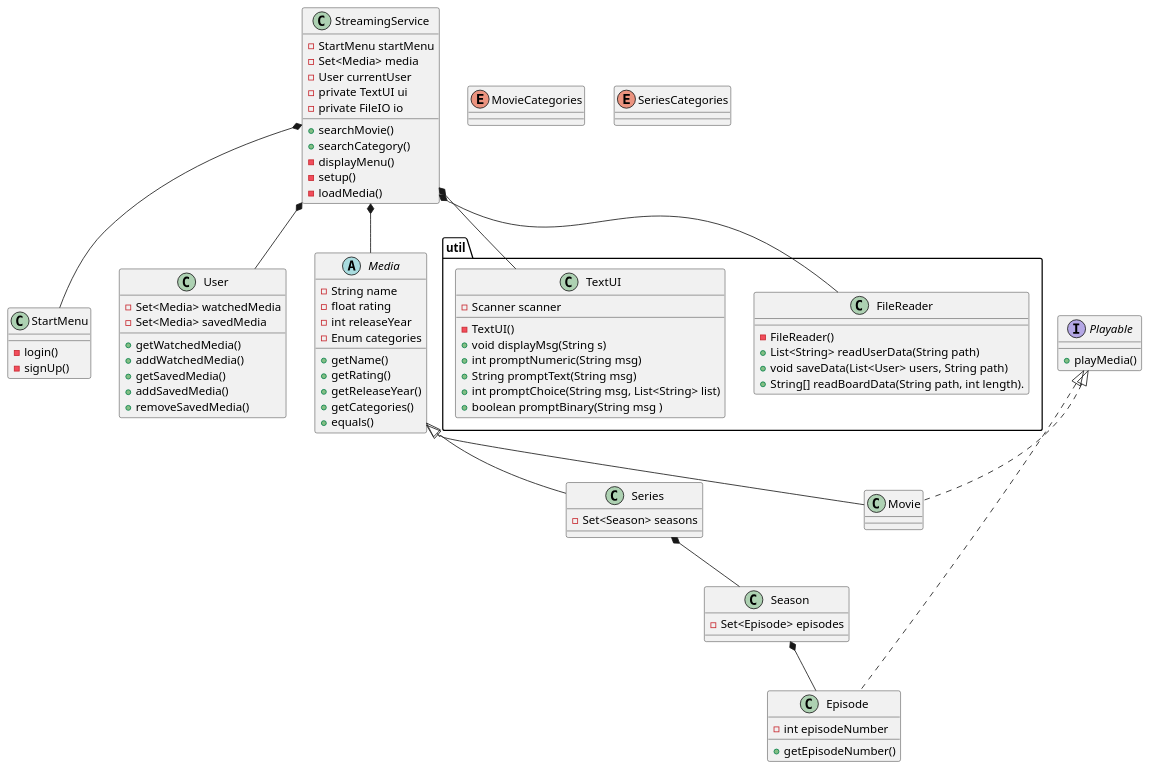
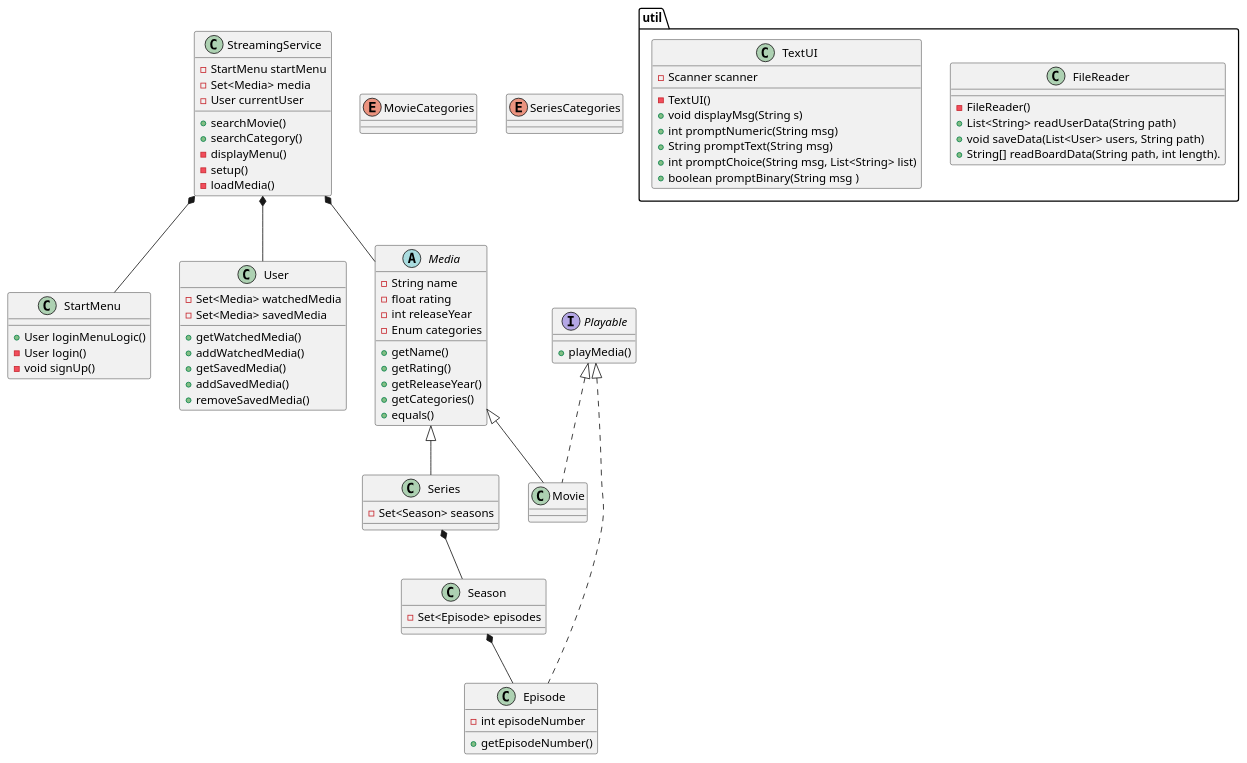
One commit to SP3-team-a-e2024/SP3 changed the diagram in doc/classModel.puml. Above: the diagram before and after it, drawn with PlantUML. The commit also changed 3 other files, not shown here.

First line of the commit message:
completed StreamingService.java logic, along with startmenu.java login page logic - no search functions are in StreamingService.java - no login or signup functions are in StartMenu.java

```diff
--- a/doc/classModel.puml
+++ b/doc/classModel.puml
@@ -1,101 +1,99 @@
 @startuml
 
 Class StreamingService
 {
 - StartMenu startMenu
 - Set<Media> media
 - User currentUser
-- private TextUI ui
-- private FileIO io
 + searchMovie()
 + searchCategory()
 - displayMenu()
 - setup()
 - loadMedia()
 }
 package "util" {
     Class FileReader {
     - FileReader()
     + List<String> readUserData(String path)
     + void saveData(List<User> users, String path)
     + String[] readBoardData(String path, int length).
     }
 
     Class TextUI {
     - TextUI()
     - Scanner scanner
     + void displayMsg(String s)
     + int promptNumeric(String msg)
     + String promptText(String msg)
     + int promptChoice(String msg, List<String> list)
     + boolean promptBinary(String msg )
     }
 }
 
 Class StartMenu{
-- login()
-- signUp()
++ User loginMenuLogic()
+- User login()
+- void signUp()
 }
 
 Class User {
 - Set<Media> watchedMedia
 - Set<Media> savedMedia
 + getWatchedMedia()
 + addWatchedMedia()
 + getSavedMedia()
 + addSavedMedia()
 + removeSavedMedia()
 }
 
 Enum MovieCategories {
 
 }
 
 Enum SeriesCategories {
 }
 
 Abstract Media {
 - String name
 - float rating
 - int releaseYear
 - Enum categories
 
 + getName()
 + getRating()
 + getReleaseYear()
 + getCategories()
 + equals()
 }
 
 Interface Playable {
 + playMedia()
 }
 
 Class Movie extends Media implements Playable {
 
 }
 
 Class Series extends Media {
 - Set<Season> seasons
 }
 
 Class Season {
 - Set<Episode> episodes
 }
 
 Class Episode implements Playable {
 - int episodeNumber
 + getEpisodeNumber()
 }
 
 StreamingService *-- Media
 StreamingService *-- User
 StreamingService *-- StartMenu
-StreamingService *-- TextUI
-StreamingService *-- FileReader
+
 
 Series *-- Season
 
 Season *-- Episode
 
 @enduml
```
